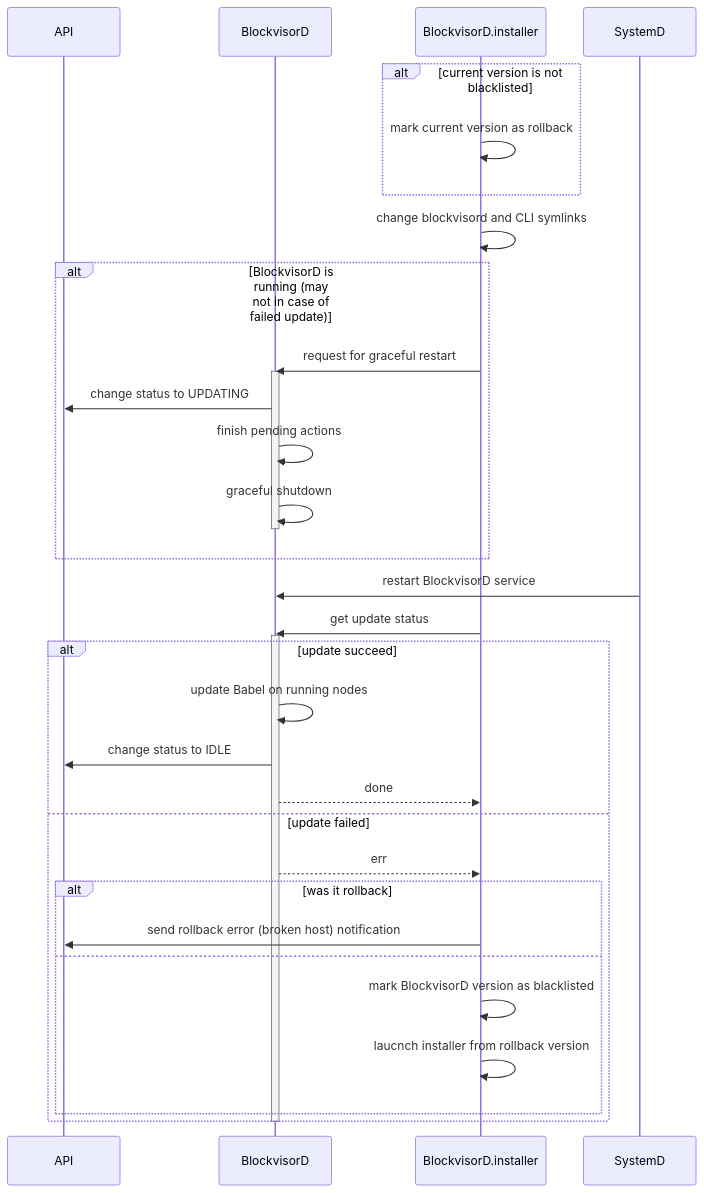
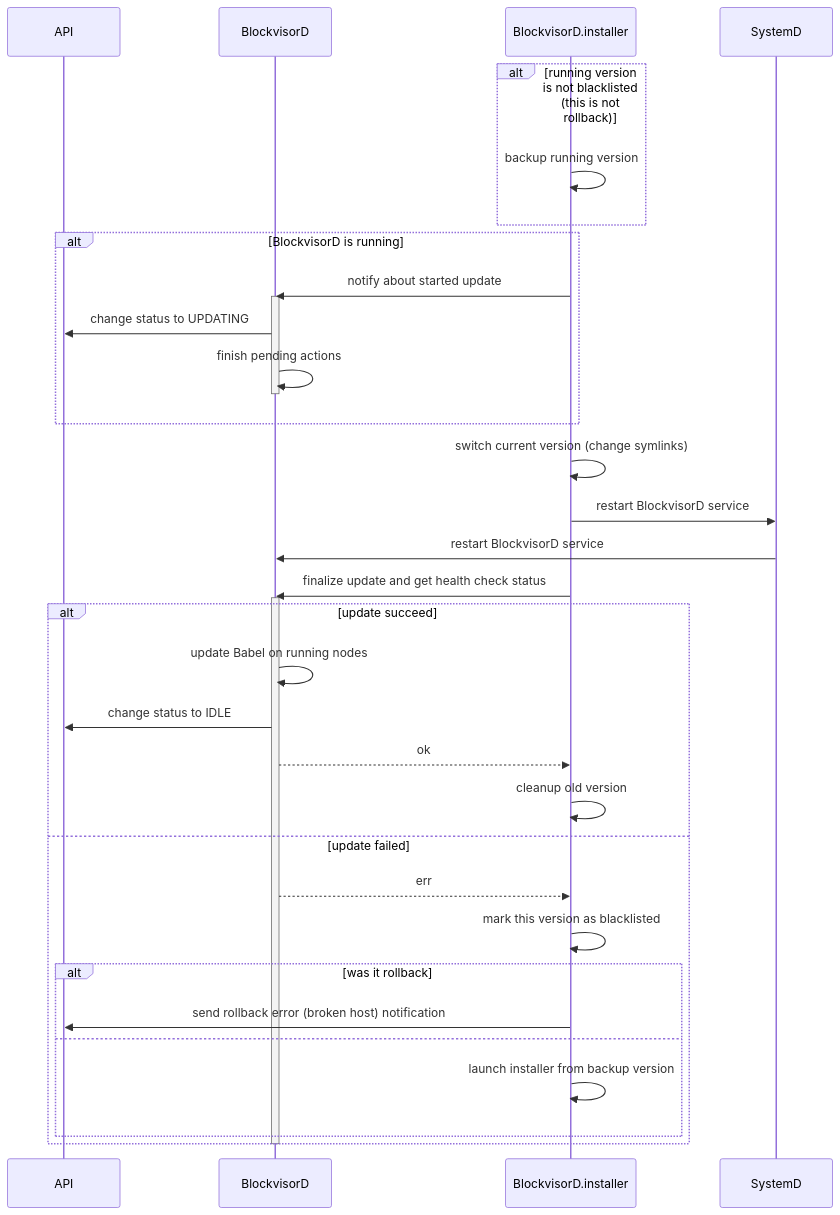
The sixth of 8 diagrams in README.md (nodexeus/blockvisor), drawn with Mermaid before and after one commit. The commit also changed 7 other files, not shown here.

Commit message:
BV.installer implementation: - general install procedure - copying, moving files etc. - rollback gRPC part is not implemented yet

````diff
--- a/README.md
+++ b/README.md
@@ -155,37 +155,38 @@
 ```mermaid
 sequenceDiagram
     participant api as API
     participant bv as BlockvisorD
     participant installer as BlockvisorD.installer
     participant sysd as SystemD
     
-    alt current version is not blacklisted
-        installer ->> installer: mark current version as rollback
+    alt running version is not blacklisted (this is not rollback)
+        installer ->> installer: backup running version
     end
-    installer ->> installer: change blockvisord and CLI symlinks  
-    alt BlockvisorD is running (may not in case of failed update)
-        installer ->> bv: request for graceful restart
+    alt BlockvisorD is running
+        installer ->> bv: notify about started update
         activate bv
         bv ->> api: change status to UPDATING
         bv ->> bv: finish pending actions    
-        bv ->> bv: graceful shutdown    
         deactivate bv
     end
+    installer ->> installer: switch current version (change symlinks)  
+    installer ->> sysd: restart BlockvisorD service     
     sysd ->> bv: restart BlockvisorD service
-    installer ->> bv: get update status
+    installer ->> bv: finalize update and get health check status
     activate bv
     alt update succeed
         bv ->> bv: update Babel on running nodes
         bv ->> api: change status to IDLE
-        bv -->> installer: done
+        bv -->> installer: ok
+        installer ->> installer: cleanup old version
     else update failed
         bv -->> installer: err
+        installer ->> installer: mark this version as blacklisted
         alt was it rollback
             installer ->> api: send rollback error (broken host) notification
         else
-            installer ->> installer: mark BlockvisorD version as blacklisted
-            installer ->> installer: laucnch installer from rollback version
+            installer ->> installer: launch installer from backup version
         end
     end
     deactivate bv
 ```
````
